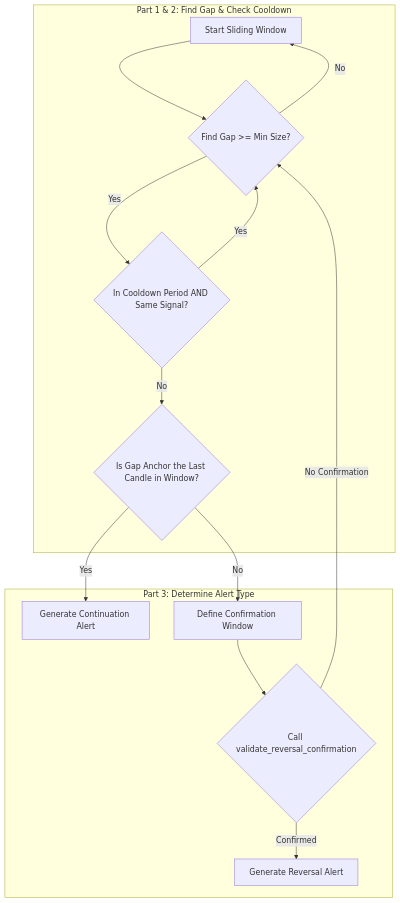
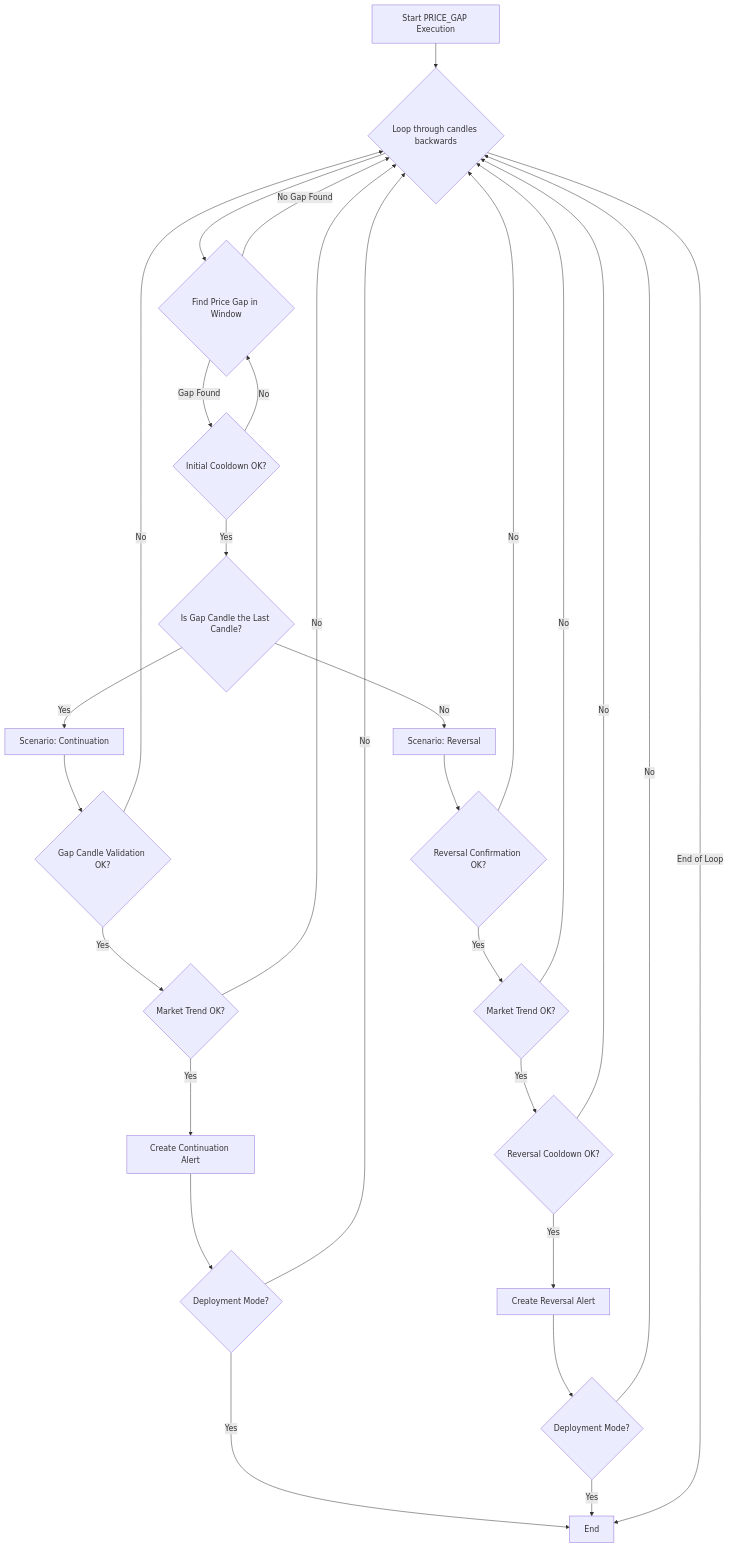
The diagram in docs/algorithms/PRICE_GAP.md (haud-tech-org/stock_trading), drawn with Mermaid before and after one commit. The commit also changed other lines of this file and 2 other files, not shown here.

Commit message:
- Update documentations for the VRA, Price Gap, Comparison approach

````diff
--- a/docs/algorithms/PRICE_GAP.md
+++ b/docs/algorithms/PRICE_GAP.md
@@ -59,19 +58,33 @@
 ```mermaid
 graph TD
-    subgraph "Part 1 & 2: Find Gap & Check Cooldown"
-        A[Start Sliding Window] --> B{Find Gap >= Min Size?};
-        B -- No --> A;
-        B -- Yes --> C{In Cooldown Period AND Same Signal?};
-        C -- Yes --> B;
-        C -- No --> D;
-    end
+    A[Start PRICE_GAP Execution] --> B{Loop through candles backwards};
+    B --> C{Find Price Gap in Window};
+    C -- No Gap Found --> B;
+    C -- Gap Found --> D{Initial Cooldown OK?};
+    D -- No --> C;
+    D -- Yes --> E{Is Gap Candle the Last Candle?};
+    
+    E -- Yes --> F[Scenario: Continuation];
+    F --> G{Gap Candle Validation OK?};
+    G -- No --> B;
+    G -- Yes --> H{Market Trend OK?};
+    H -- No --> B;
+    H -- Yes --> I[Create Continuation Alert];
+    I --> J{Deployment Mode?};
+    J -- Yes --> Z[End];
+    J -- No --> B;
 
-    subgraph "Part 3: Determine Alert Type"
-        D{Is Gap Anchor the Last Candle in Window?};
-        D -- Yes --> E[Generate Continuation Alert];
-        D -- No --> F[Define Confirmation Window];
-        F --> G{Call validate_reversal_confirmation};
-        G -- No Confirmation --> B;
-        G -- Confirmed --> H[Generate Reversal Alert];
-    end
+    E -- No --> K[Scenario: Reversal];
+    K --> L{Reversal Confirmation OK?};
+    L -- No --> B;
+    L -- Yes --> M{Market Trend OK?};
+    M -- No --> B;
+    M -- Yes --> N{Reversal Cooldown OK?};
+    N -- No --> B;
+    N -- Yes --> O[Create Reversal Alert];
+    O --> P{Deployment Mode?};
+    P -- Yes --> Z;
+    P -- No --> B;
+
+    B -- End of Loop --> Z;
 ```
````
